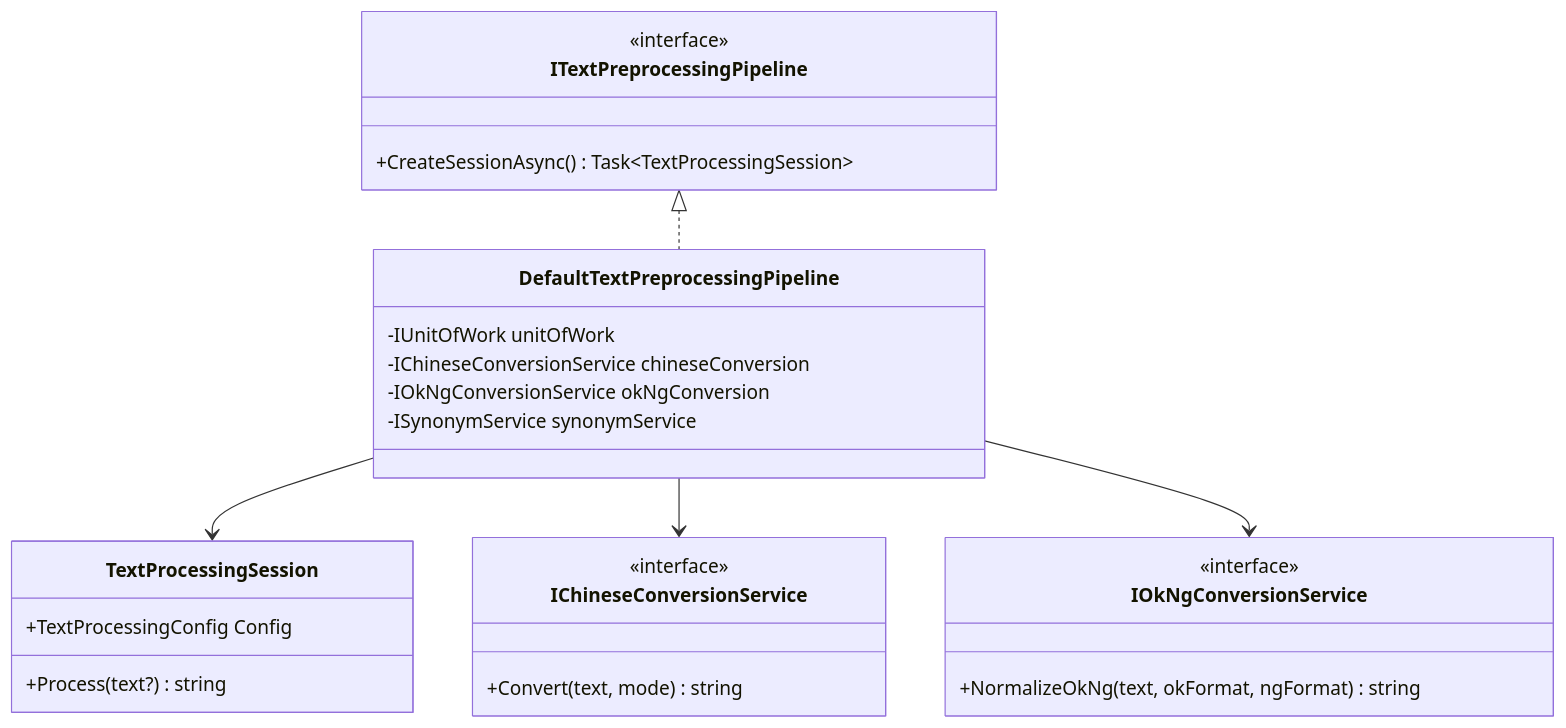
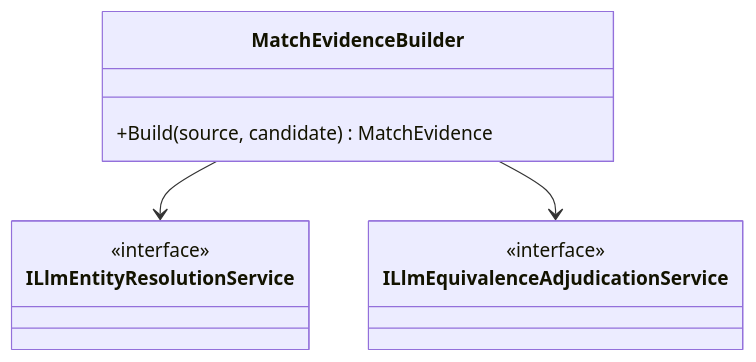
Before and after one commit to xiaocaiisxiaocai/AcceptanceSpecRecognition: diagram 13 of 28 in docs/design-overview.md, drawn with Mermaid. The commit also changed other lines of this file and 255 other files, not shown here.

````diff
--- a/docs/design-overview.md
+++ b/docs/design-overview.md
@@ -441,34 +444,17 @@
 ```mermaid
 classDiagram
-    class ITextPreprocessingPipeline {
-        <<interface>>
-        +CreateSessionAsync() Task~TextProcessingSession~
+    class MatchEvidenceBuilder {
+        +Build(source, candidate) MatchEvidence
     }
 
-    class TextProcessingSession {
-        +TextProcessingConfig Config
-        +Process(text?) string
+    class ILlmEntityResolutionService {
+        <<interface>>
     }
 
-    class DefaultTextPreprocessingPipeline {
-        -IUnitOfWork unitOfWork
-        -IChineseConversionService chineseConversion
-        -IOkNgConversionService okNgConversion
-        -ISynonymService synonymService
+    class ILlmEquivalenceAdjudicationService {
+        <<interface>>
     }
 
-    class IChineseConversionService {
-        <<interface>>
-        +Convert(text, mode) string
-    }
-
-    class IOkNgConversionService {
-        <<interface>>
-        +NormalizeOkNg(text, okFormat, ngFormat) string
-    }
-
-    ITextPreprocessingPipeline <|.. DefaultTextPreprocessingPipeline
-    DefaultTextPreprocessingPipeline --> TextProcessingSession
-    DefaultTextPreprocessingPipeline --> IChineseConversionService
-    DefaultTextPreprocessingPipeline --> IOkNgConversionService
+    MatchEvidenceBuilder --> ILlmEntityResolutionService
+    MatchEvidenceBuilder --> ILlmEquivalenceAdjudicationService
 ```
````
